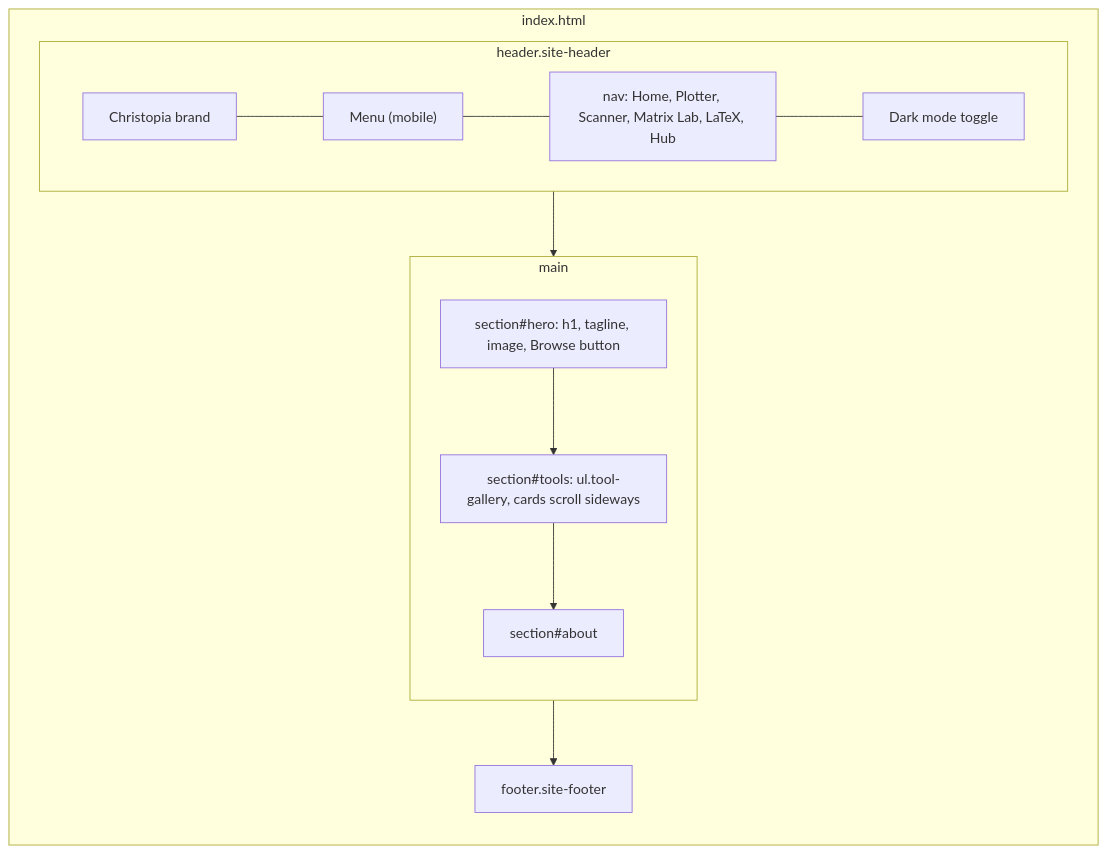
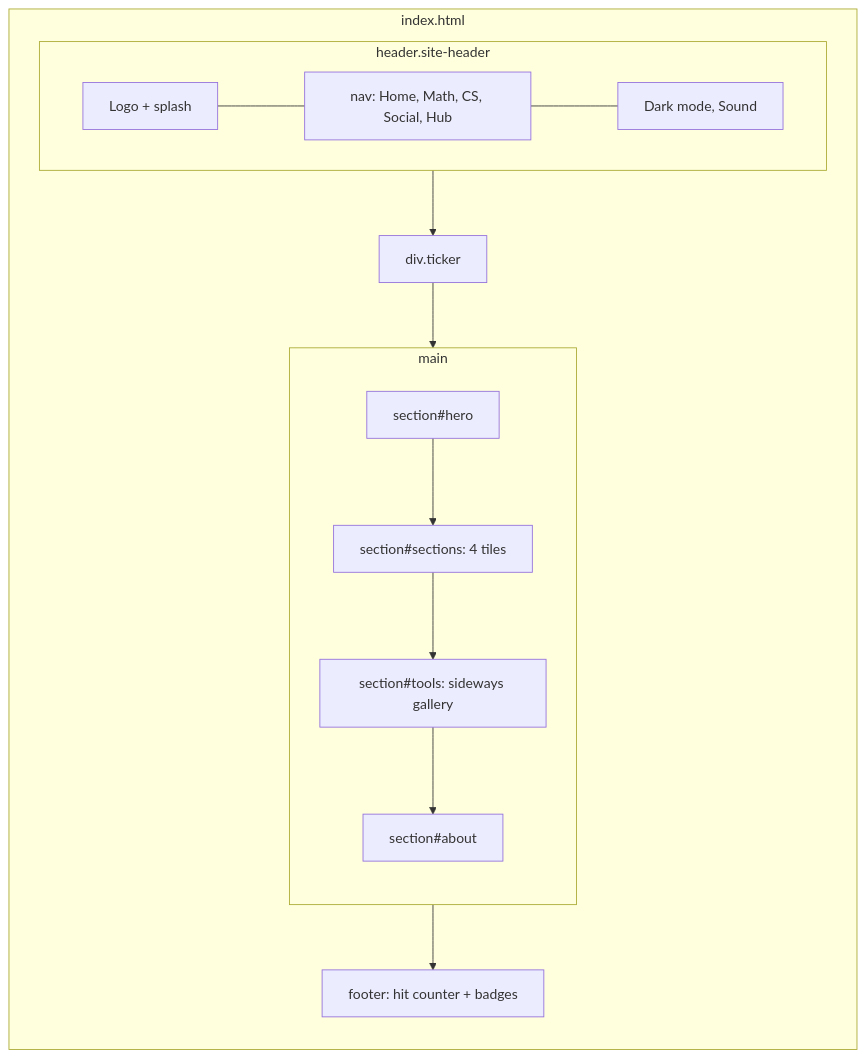
Before and after one commit to ChrisMedkit/CS-235-IntroToAI: the third of 9 diagrams in DIAGRAM.md, drawn with Mermaid. The commit also changed other lines of this file and 57 other files, not shown here.

First line of the commit message:
Add theme, fonts, and Math/CS/Social sections

````diff
--- a/DIAGRAM.md
+++ b/DIAGRAM.md
@@ -45,19 +49,21 @@
 ```mermaid
 flowchart TD
   subgraph PAGE["index.html"]
     direction TB
     subgraph HEADER["header.site-header"]
       direction LR
-      B["Christopia brand"] --- NT["Menu (mobile)"] --- NV["nav: Home, Plotter, Scanner, Matrix Lab, LaTeX, Hub"] --- TT["Dark mode toggle"]
+      B["Logo + splash"] --- NV["nav: Home, Math, CS, Social, Hub"] --- TT["Dark mode, Sound"]
     end
+    TK["div.ticker"]
     subgraph MAIN["main"]
       direction TB
-      HERO["section#hero: h1, tagline, image, Browse button"]
-      GAL["section#tools: ul.tool-gallery, cards scroll sideways"]
+      HERO["section#hero"]
+      SEC["section#sections: 4 tiles"]
+      GAL["section#tools: sideways gallery"]
       AB["section#about"]
-      HERO --> GAL --> AB
+      HERO --> SEC --> GAL --> AB
     end
-    FOOT["footer.site-footer"]
-    HEADER --> MAIN --> FOOT
+    FOOT["footer: hit counter + badges"]
+    HEADER --> TK --> MAIN --> FOOT
   end
 ```
````
